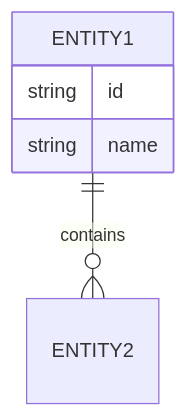
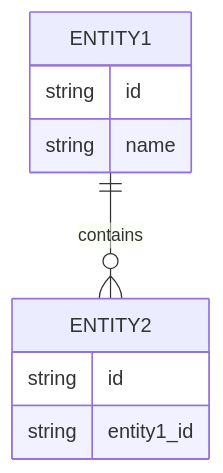
The fourth of 10 diagrams in src/KoalaWiki/Prompts/Warehouse/GenerateDocsApplications.md (xincheng213618/OpenDeepWiki), drawn with Mermaid before and after one commit. The commit also changed other lines of this file and 14 other files, not shown here.

````diff
--- a/src/KoalaWiki/Prompts/Warehouse/GenerateDocsApplications.md
+++ b/src/KoalaWiki/Prompts/Warehouse/GenerateDocsApplications.md
@@ -117,8 +117,12 @@
 ```mermaid
 erDiagram
     ENTITY1 ||--o{ ENTITY2 : contains
     ENTITY1 {
         string id
         string name
     }
+    ENTITY2 {
+        string id
+        string entity1_id
+    }
 ```
````
